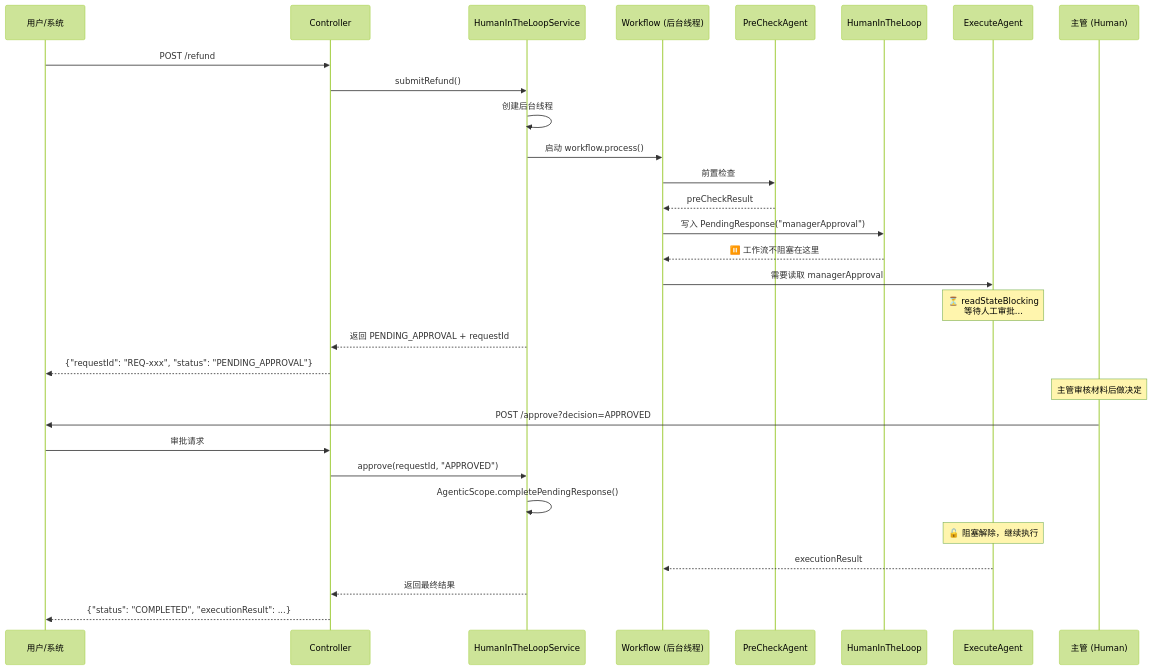
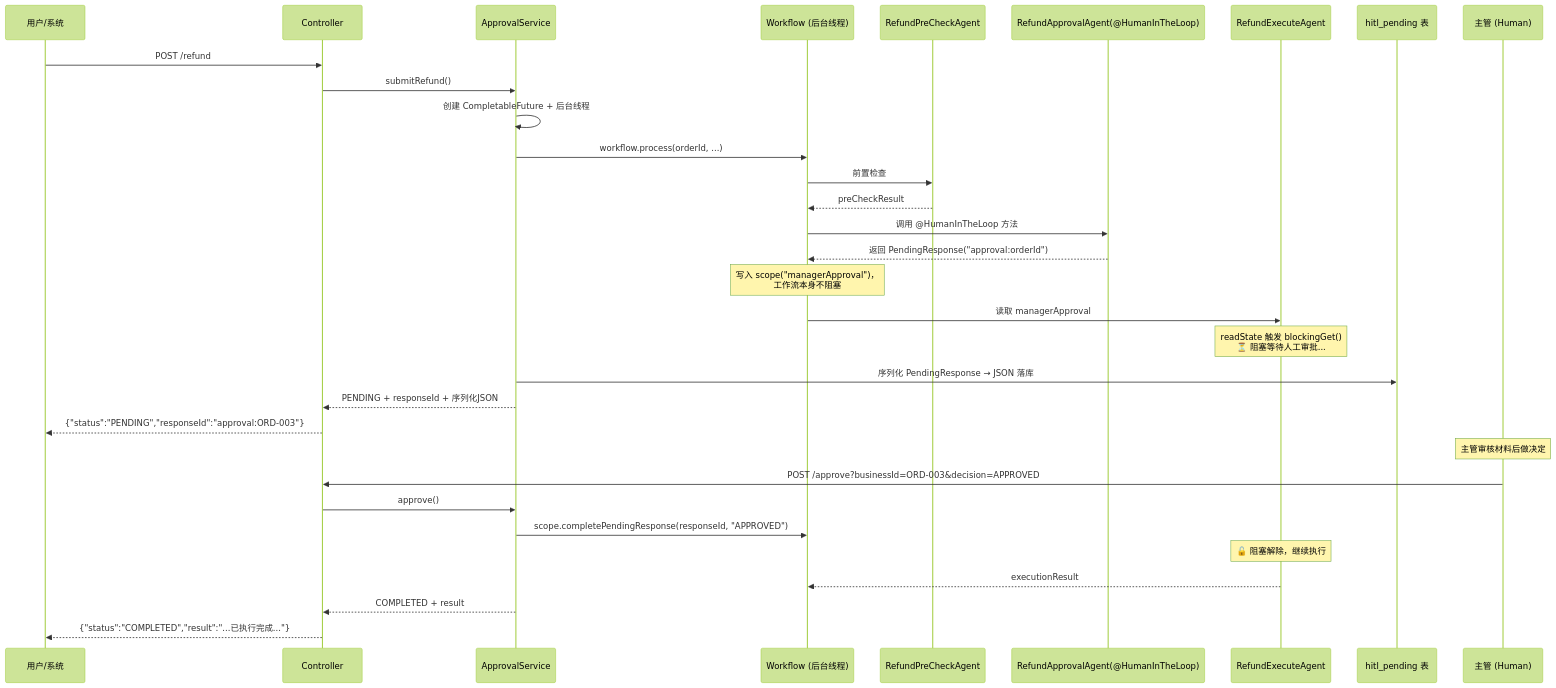
Diagram 11 of 13 in ai/langchain4j-agentic/agent-orchestration-tutorial.md (stickgoal/trainning), drawn with Mermaid (forest theme) before and after one commit. The commit also changed other lines of this file, not shown here.

First line of the commit message:
docs: 教程第9章同步为 @HumanInTheLoop 注解 + PendingResponse 实现

````diff
--- a/ai/langchain4j-agentic/agent-orchestration-tutorial.md
+++ b/ai/langchain4j-agentic/agent-orchestration-tutorial.md
@@ -877,40 +892,41 @@
 ```mermaid
 sequenceDiagram
     participant U as 用户/系统
     participant C as Controller
-    participant S as HumanInTheLoopService
+    participant S as ApprovalService
     participant W as Workflow (后台线程)
-    participant P as PreCheckAgent
-    participant H as HumanInTheLoop
-    participant E as ExecuteAgent
+    participant P as RefundPreCheckAgent
+    participant A as RefundApprovalAgent(@HumanInTheLoop)
+    participant E as RefundExecuteAgent
+    participant DB as hitl_pending 表
     participant M as 主管 (Human)
-    
+
     U->>C: POST /refund
     C->>S: submitRefund()
-    S->>S: 创建后台线程
-    S->>W: 启动 workflow.process()
-    
+    S->>S: 创建 CompletableFuture + 后台线程
+    S->>W: workflow.process(orderId, ...)
+
     W->>P: 前置检查
     P-->>W: preCheckResult
-    
-    W->>H: 写入 PendingResponse("managerApproval")
-    H-->>W: ⏸️ 工作流不阻塞在这里
-    
-    W->>E: 需要读取 managerApproval
-    Note over E: ⏳ readStateBlocking<br/>等待人工审批...
-    
-    S-->>C: 返回 PENDING_APPROVAL + requestId
-    C-->>U: {"requestId": "REQ-xxx", "status": "PENDING_APPROVAL"}
-    
+
+    W->>A: 调用 @HumanInTheLoop 方法
+    A-->>W: 返回 PendingResponse("approval:orderId")
+    Note over W: 写入 scope("managerApproval")，<br/>工作流本身不阻塞
+
+    W->>E: 读取 managerApproval
+    Note over E: readState 触发 blockingGet()<br/>⏳ 阻塞等待人工审批...
+
+    S->>DB: 序列化 PendingResponse → JSON 落库
+    S-->>C: PENDING + responseId + 序列化JSON
+    C-->>U: {"status":"PENDING","responseId":"approval:ORD-003"}
+
     Note over M: 主管审核材料后做决定
-    
-    M->>U: POST /approve?decision=APPROVED
-    U->>C: 审批请求
-    C->>S: approve(requestId, "APPROVED")
-    S->>S: AgenticScope.completePendingResponse()
-    
+    M->>C: POST /approve?businessId=ORD-003&decision=APPROVED
+    C->>S: approve()
+    S->>W: scope.completePendingResponse(responseId, "APPROVED")
+
     Note over E: 🔓 阻塞解除，继续执行
     E-->>W: executionResult
-    S-->>C: 返回最终结果
-    C-->>U: {"status": "COMPLETED", "executionResult": ...}
+    S-->>C: COMPLETED + result
+    C-->>U: {"status":"COMPLETED","result":"...已执行完成..."}
 ```
````
